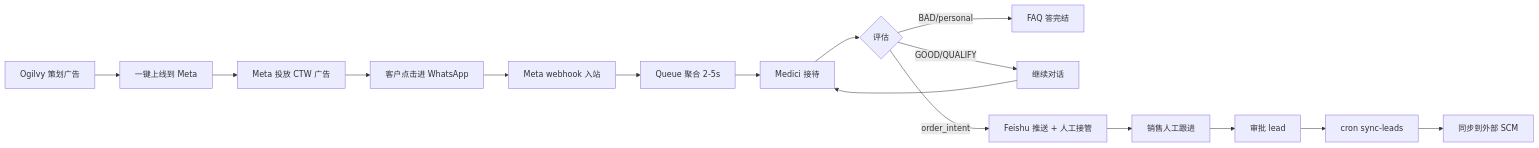
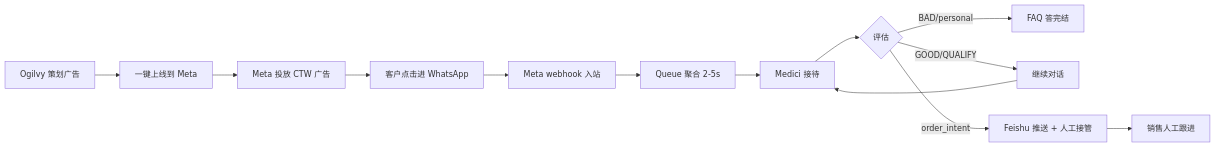
One commit to Sciiaok/xuqiu-bot changed the fifth of 11 diagrams in README.md. Above: the diagram before and after it, drawn with Mermaid. The commit also changed other lines of this file and 61 other files, not shown here.

````diff
--- a/README.md
+++ b/README.md
@@ -430,18 +429,15 @@
 ```mermaid
 flowchart LR
     A1[Ogilvy 策划广告] --> A2[一键上线到 Meta]
     A2 --> B1[Meta 投放 CTW 广告]
     B1 --> B2[客户点击进 WhatsApp]
     B2 --> C1[Meta webhook 入站]
     C1 --> C2[Queue 聚合 2-5s]
     C2 --> C3[Medici 接待]
     C3 --> C4{评估}
     C4 -- BAD/personal --> D1[FAQ 答完结]
     C4 -- GOOD/QUALIFY --> D2[继续对话]
     C4 -- order_intent --> D3[Feishu 推送 + 人工接管]
     D2 --> C3
     D3 --> E1[销售人工跟进]
-    E1 --> E2[审批 lead]
-    E2 --> E3[cron sync-leads]
-    E3 --> F1[同步到外部 SCM]
 ```
````
